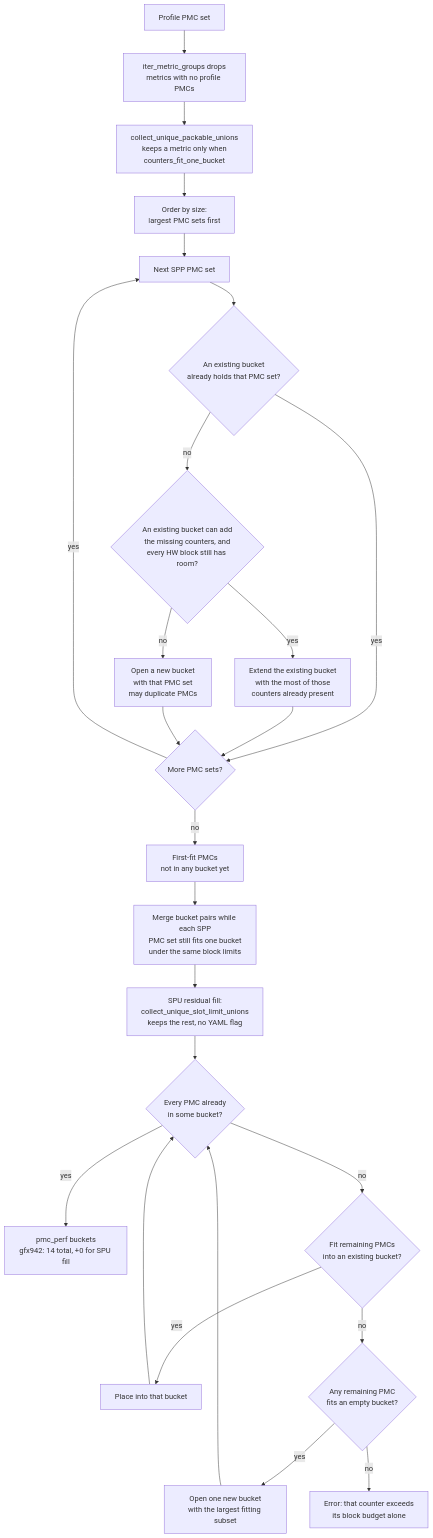
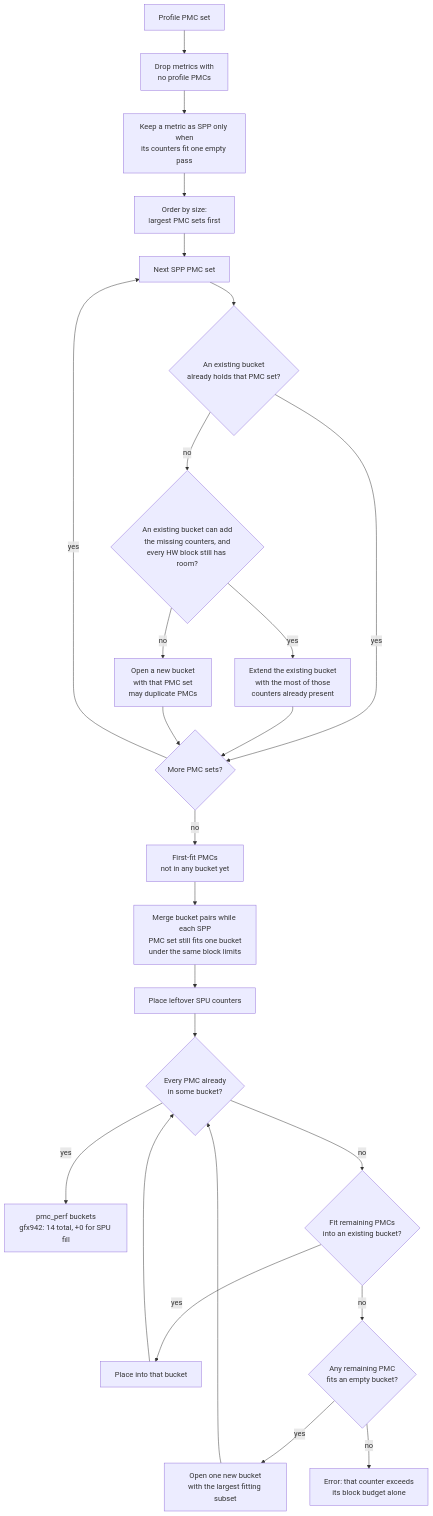
One commit to DeanTMaxim/rocm-systems changed the first of 2 diagrams in projects/rocprofiler-compute/docs/single-pass_packable_and_unpackable/lld-metrics-grouping-algorithm.md. Above: the diagram before and after it, drawn with Mermaid. The commit also changed other lines of this file and 1 other file, not shown here.

First line of the commit message:
[rocprofiler-compute] Make the SPP design readable on its own

````diff
--- a/projects/rocprofiler-compute/docs/single-pass_packable_and_unpackable/lld-metrics-grouping-algorithm.md
+++ b/projects/rocprofiler-compute/docs/single-pass_packable_and_unpackable/lld-metrics-grouping-algorithm.md
@@ -47,27 +47,27 @@
 ```mermaid
 flowchart TD
-  A[Profile PMC set] --> DROP[iter_metric_groups drops<br/>metrics with no profile PMCs]
-  DROP --> U[collect_unique_packable_unions<br/>keeps a metric only when<br/>counters_fit_one_bucket]
+  A[Profile PMC set] --> DROP[Drop metrics with<br/>no profile PMCs]
+  DROP --> U[Keep a metric as SPP only when<br/>its counters fit one empty pass]
   U --> O[Order by size:<br/>largest PMC sets first]
   O --> L[Next SPP PMC set]
   L --> H{An existing bucket<br/>already holds that PMC set?}
   H -->|yes| M{More PMC sets?}
   H -->|no| E{An existing bucket can add<br/>the missing counters, and<br/>every HW block still has room?}
   E -->|yes| X[Extend the existing bucket<br/>with the most of those<br/>counters already present]
   E -->|no| N[Open a new bucket<br/>with that PMC set<br/>may duplicate PMCs]
   X --> M
   N --> M
   M -->|yes| L
   M -->|no| FF[First-fit PMCs<br/>not in any bucket yet]
   FF --> R[Merge bucket pairs while each SPP<br/>PMC set still fits one bucket<br/>under the same block limits]
-  R --> S[SPU residual fill:<br/>collect_unique_slot_limit_unions<br/>keeps the rest, no YAML flag]
+  R --> S[Place leftover SPU counters]
   S --> S1{Every PMC already<br/>in some bucket?}
   S1 -->|yes| G[pmc_perf buckets<br/>gfx942: 14 total, +0 for SPU fill]
   S1 -->|no| S2{Fit remaining PMCs<br/>into an existing bucket?}
   S2 -->|yes| S3[Place into that bucket]
   S2 -->|no| S4{Any remaining PMC<br/>fits an empty bucket?}
   S4 -->|yes| S5[Open one new bucket<br/>with the largest fitting subset]
   S4 -->|no| S6[Error: that counter exceeds<br/>its block budget alone]
   S3 --> S1
   S5 --> S1
 ```
````
